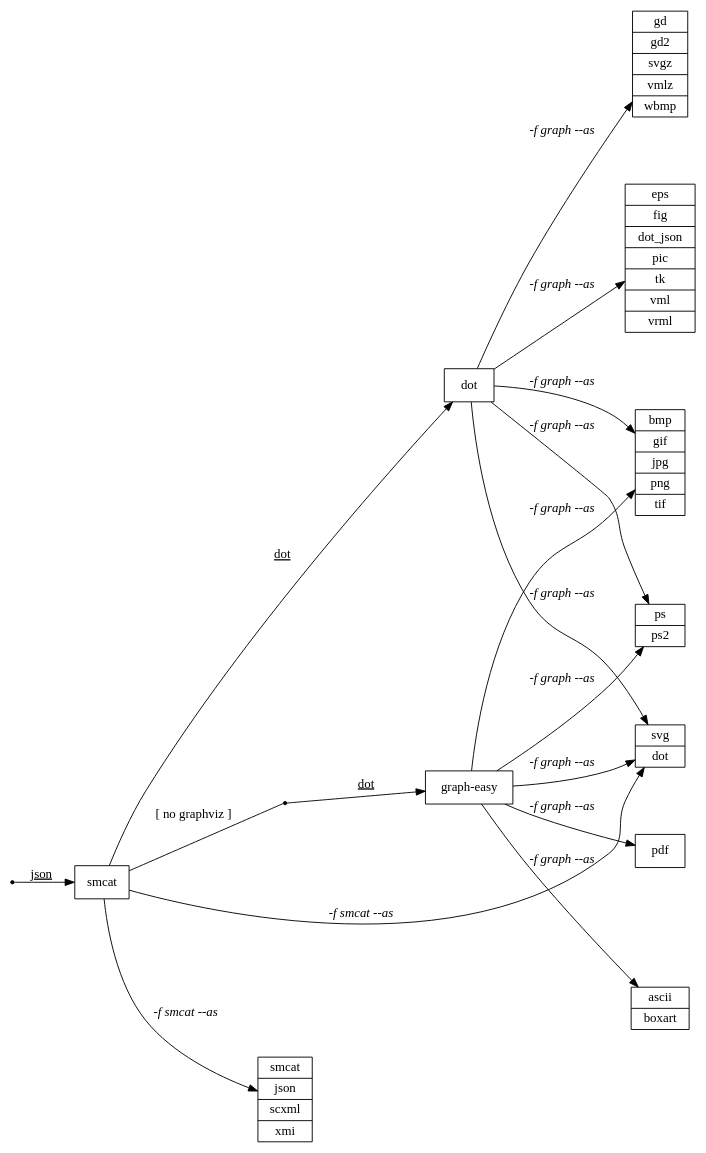
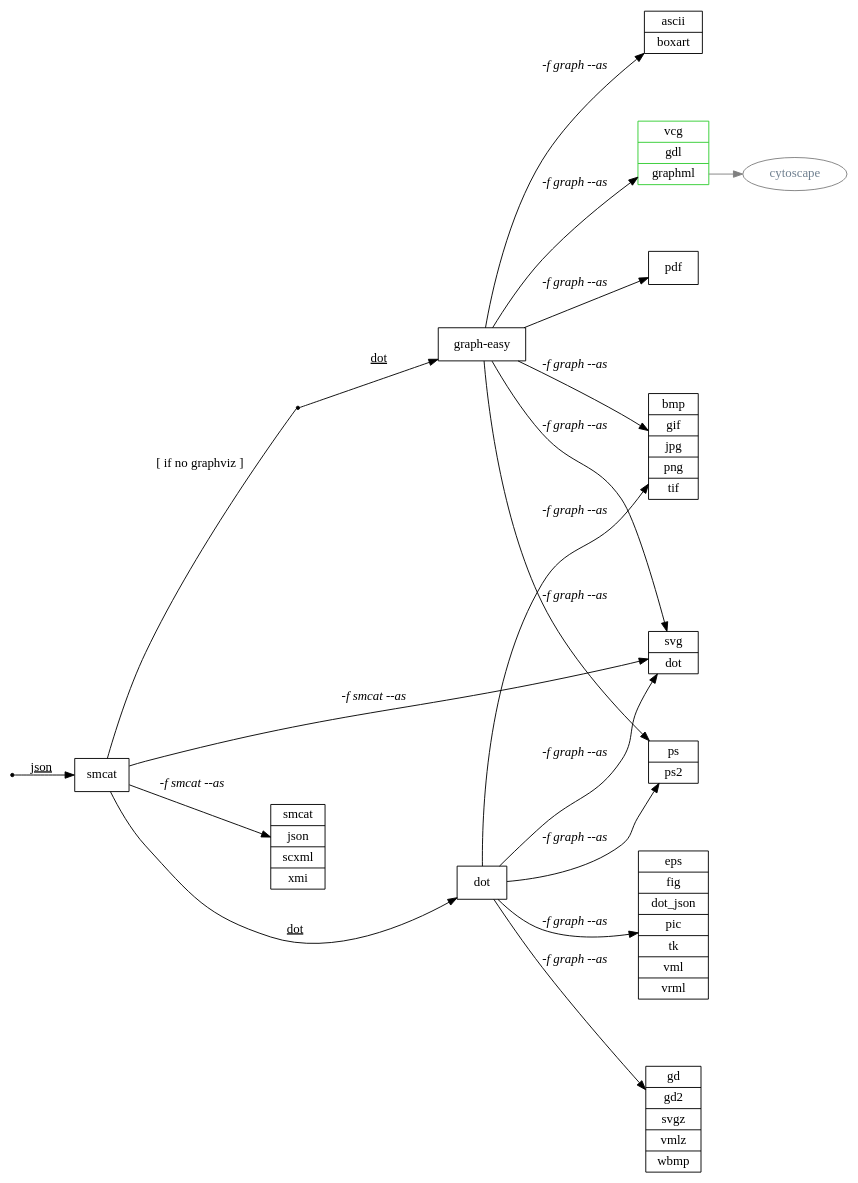
Before and after one commit to DrSensor/scdlang: the diagram in docs/hook_cli.dot, drawn with Graphviz. The commit also changed 2 other files, not shown here.

Commit message:
Unlock --format graph --as vcg,gdl,graphml

```diff
--- a/docs/hook_cli.dot
+++ b/docs/hook_cli.dot
@@ -1,27 +1,31 @@
 // A graph that explain how `scrap` integrated with others CLI to produce various output
 digraph {
   rankdir=LR
   compound=true
   dir = none
   nodesep="1"
   initial [shape = point]
   node [shape=box]
 
   initial -> smcat [label=<<u>json</u>>]
+  smcat -> {"" [shape=point]} [dir=none, label="[ if no graphviz ]"]
   smcat -> dot [label=<<u>dot</u>>]
-  smcat -> {"" [shape=point]} [dir=none, label="[ no graphviz ]"]
   "" -> "graph-easy" [label=<<u>dot</u>>]
 
   image [shape=record, label="bmp|gif|jpg|png|tif"]
   document [shape=record, label="ps|ps2"]
   terminal [shape=record, label="ascii|boxart"]
   lang1 [shape=record, label="smcat|json|scxml|xmi"]
   lang2 [shape=record, label="eps|fig|dot_json|pic|tk|vml|vrml"]
+  lang3 [shape=record, label="vcg|gdl|<gml>graphml", color=limegreen]
   compressed [shape=record, label="gd|gd2|svgz|vmlz|wbmp"]
   all [shape=record, label="svg|dot"]
 
   smcat -> all,lang1 [label=<<i>-f smcat --as</i>>]
   dot,"graph-easy" -> all,image,document [label=<<i>-f graph --as</i>>]
-  "graph-easy" -> terminal,pdf [label=<<i>-f graph --as</i>>]
+  "graph-easy" -> terminal,pdf,lang3 [label=<<i>-f graph --as</i>>]
+  lang3:gml -> cytoscape [color=grey]
   dot -> compressed,lang2 [label=<<i>-f graph --as</i>>]
+
+  cytoscape [shape=ellipse,color=grey,fontcolor=slategrey]
 }
```
